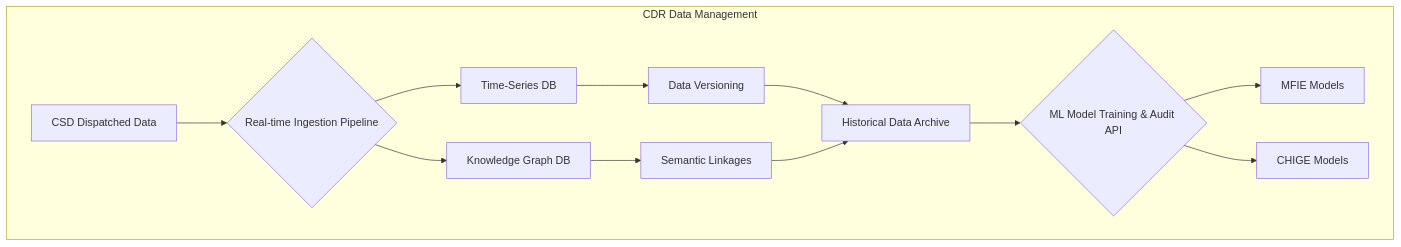
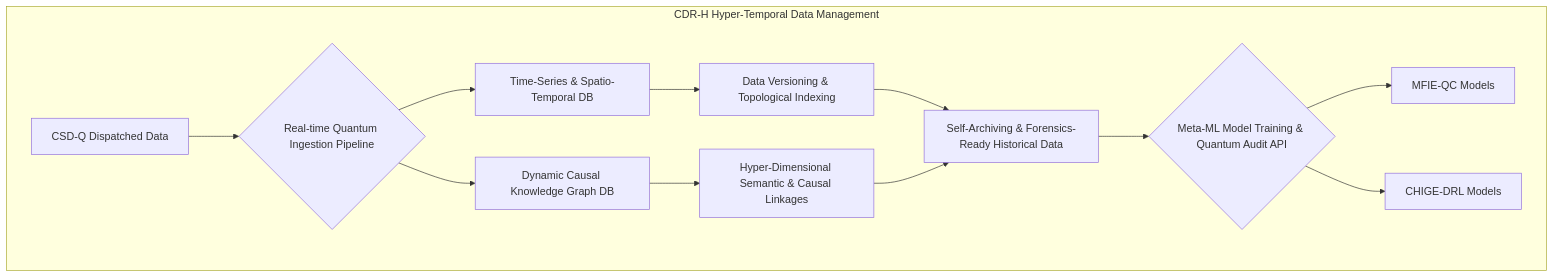
One commit to diplomat-bit/Citibank_Demo_Business_Inc_Demonstration- changed the third of 14 diagrams in inventions/inventions/022_adaptive_human_machine_interface.md. Above: the diagram before and after it, drawn with Mermaid. The commit also changed other lines of this file, not shown here.

````diff
--- a/inventions/inventions/022_adaptive_human_machine_interface.md
+++ b/inventions/inventions/022_adaptive_human_machine_interface.md
@@ -75,14 +80,14 @@
     ```mermaid
     graph TD
-        subgraph CDR Data Management
-            A[CSD Dispatched Data] --> B{Real-time Ingestion Pipeline}
-            B --> C[Time-Series DB]
-            B --> D[Knowledge Graph DB]
-            C --> E[Data Versioning]
-            D --> F[Semantic Linkages]
-            E & F --> G[Historical Data Archive]
-            G --> H{ML Model Training & Audit API}
-            H --> MFIE_Model[MFIE Models]
-            H --> CHIGE_Model[CHIGE Models]
+        subgraph CDR-H Hyper-Temporal Data Management
+            A[CSD-Q Dispatched Data] --> B{Real-time Quantum Ingestion Pipeline}
+            B --> C[Time-Series & Spatio-Temporal DB]
+            B --> D[Dynamic Causal Knowledge Graph DB]
+            C --> E[Data Versioning & Topological Indexing]
+            D --> F[Hyper-Dimensional Semantic & Causal Linkages]
+            E & F --> G[Self-Archiving & Forensics-Ready Historical Data]
+            G --> H{Meta-ML Model Training & Quantum Audit API}
+            H --> MFIE_Model[MFIE-QC Models]
+            H --> CHIGE_Model[CHIGE-DRL Models]
         end
     ```
````
